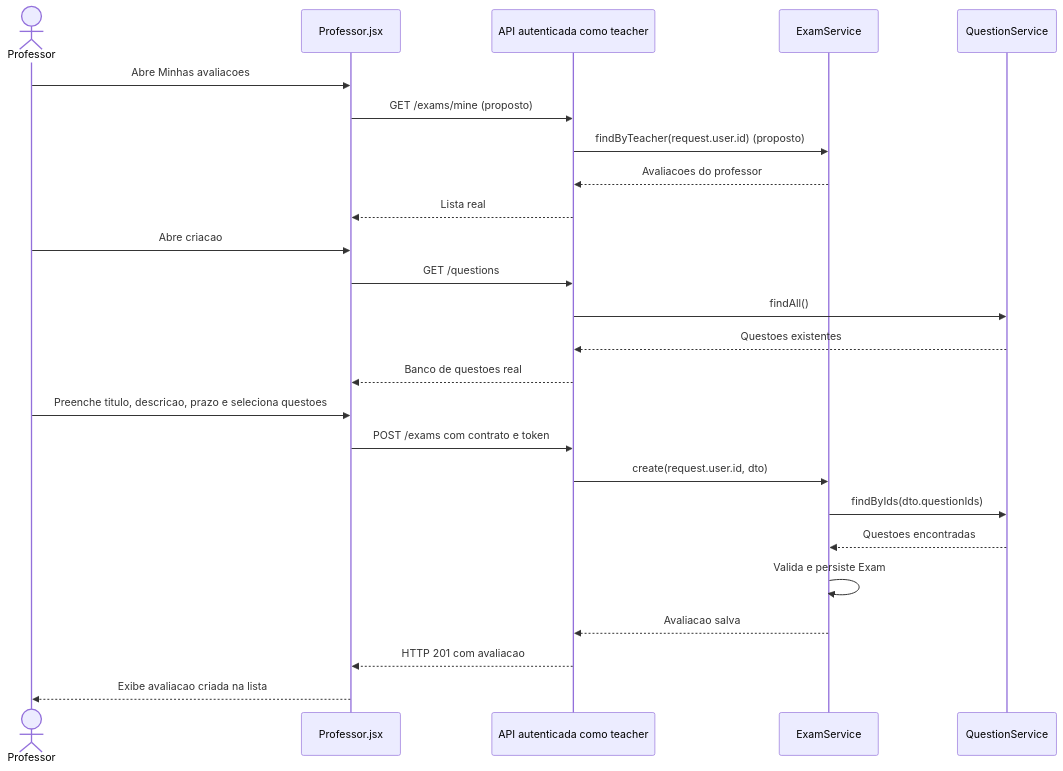
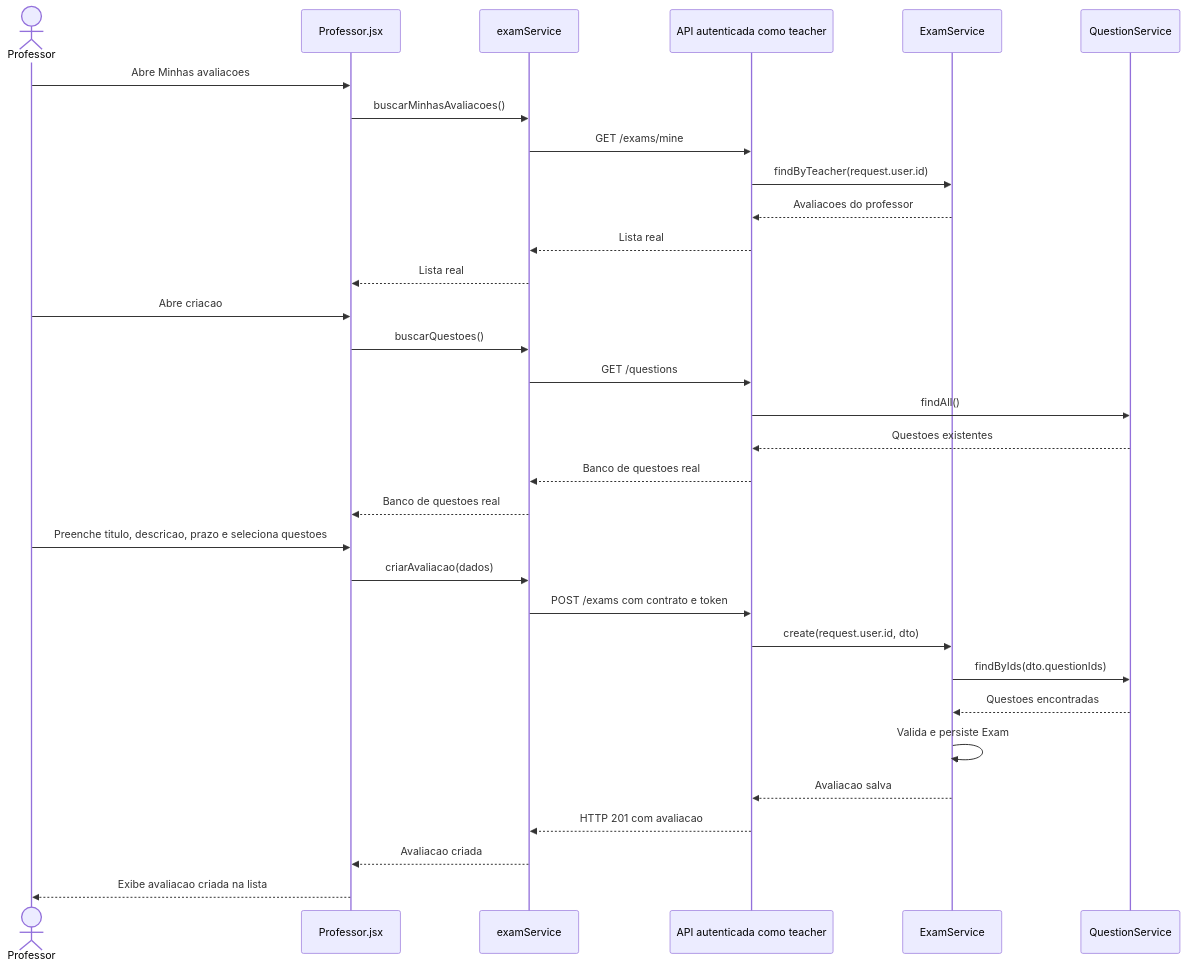
Before and after one commit to p-v-dev/PIM-IV: the second of 2 diagrams in docs/08-criar-avaliacao.md, drawn with Mermaid. The commit also changed other lines of this file and 21 other files, not shown here.

Commit message:
Criação da UML e termino de criação da Web

````diff
--- a/docs/08-criar-avaliacao.md
+++ b/docs/08-criar-avaliacao.md
@@ -195,27 +191,34 @@
 ```mermaid
 sequenceDiagram
     actor Professor
     participant Tela as Professor.jsx
+    participant Controle as examService
     participant API as API autenticada como teacher
     participant Service as ExamService
     participant Questions as QuestionService
     Professor->>Tela: Abre Minhas avaliacoes
-    Tela->>API: GET /exams/mine (proposto)
-    API->>Service: findByTeacher(request.user.id) (proposto)
+    Tela->>Controle: buscarMinhasAvaliacoes()
+    Controle->>API: GET /exams/mine
+    API->>Service: findByTeacher(request.user.id)
     Service-->>API: Avaliacoes do professor
-    API-->>Tela: Lista real
+    API-->>Controle: Lista real
+    Controle-->>Tela: Lista real
     Professor->>Tela: Abre criacao
-    Tela->>API: GET /questions
+    Tela->>Controle: buscarQuestoes()
+    Controle->>API: GET /questions
     API->>Questions: findAll()
     Questions-->>API: Questoes existentes
-    API-->>Tela: Banco de questoes real
+    API-->>Controle: Banco de questoes real
+    Controle-->>Tela: Banco de questoes real
     Professor->>Tela: Preenche titulo, descricao, prazo e seleciona questoes
-    Tela->>API: POST /exams com contrato e token
+    Tela->>Controle: criarAvaliacao(dados)
+    Controle->>API: POST /exams com contrato e token
     API->>Service: create(request.user.id, dto)
     Service->>Questions: findByIds(dto.questionIds)
     Questions-->>Service: Questoes encontradas
     Service->>Service: Valida e persiste Exam
     Service-->>API: Avaliacao salva
-    API-->>Tela: HTTP 201 com avaliacao
+    API-->>Controle: HTTP 201 com avaliacao
+    Controle-->>Tela: Avaliacao criada
     Tela-->>Professor: Exibe avaliacao criada na lista
 ```
````
